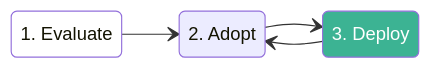
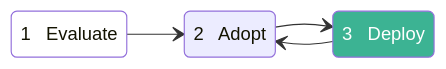
Before and after one commit to ozone-his/ozone-docs: the diagram in docs/implementers/intro.md, drawn with Mermaid. The commit also changed other lines of this file, not shown here.

Commit message:
OZ-279: Fix for Mermaid's "Unsupported markdown: list".

````diff
--- a/docs/implementers/intro.md
+++ b/docs/implementers/intro.md
@@ -3,21 +3,21 @@
 ``` mermaid
 stateDiagram-v2
     direction LR
 
     classDef EvalClass fill:white
     classDef AdoptClass fill:#3CB393
     classDef DeployClass fill:#3CB393,color:white
     
 
-    state "1. Evaluate" as eval
-    state "2. Adopt" as adopt
-    state "3. Deploy" as deploy
+    state "1 &nbsp; Evaluate" as eval
+    state "2 &nbsp; Adopt" as adopt
+    state "3 &nbsp; Deploy" as deploy
 
     eval --> adopt
     adopt --> deploy
     deploy --> adopt
 
     class eval EvalClass
     %% class adopt AdoptClass
     class deploy DeployClass
 ```
````
